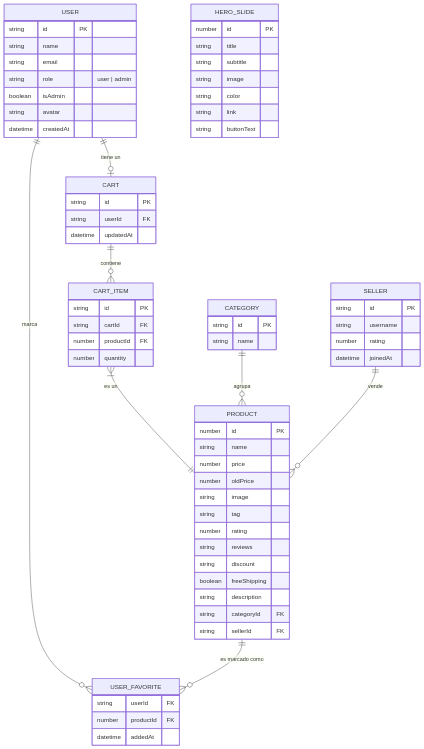
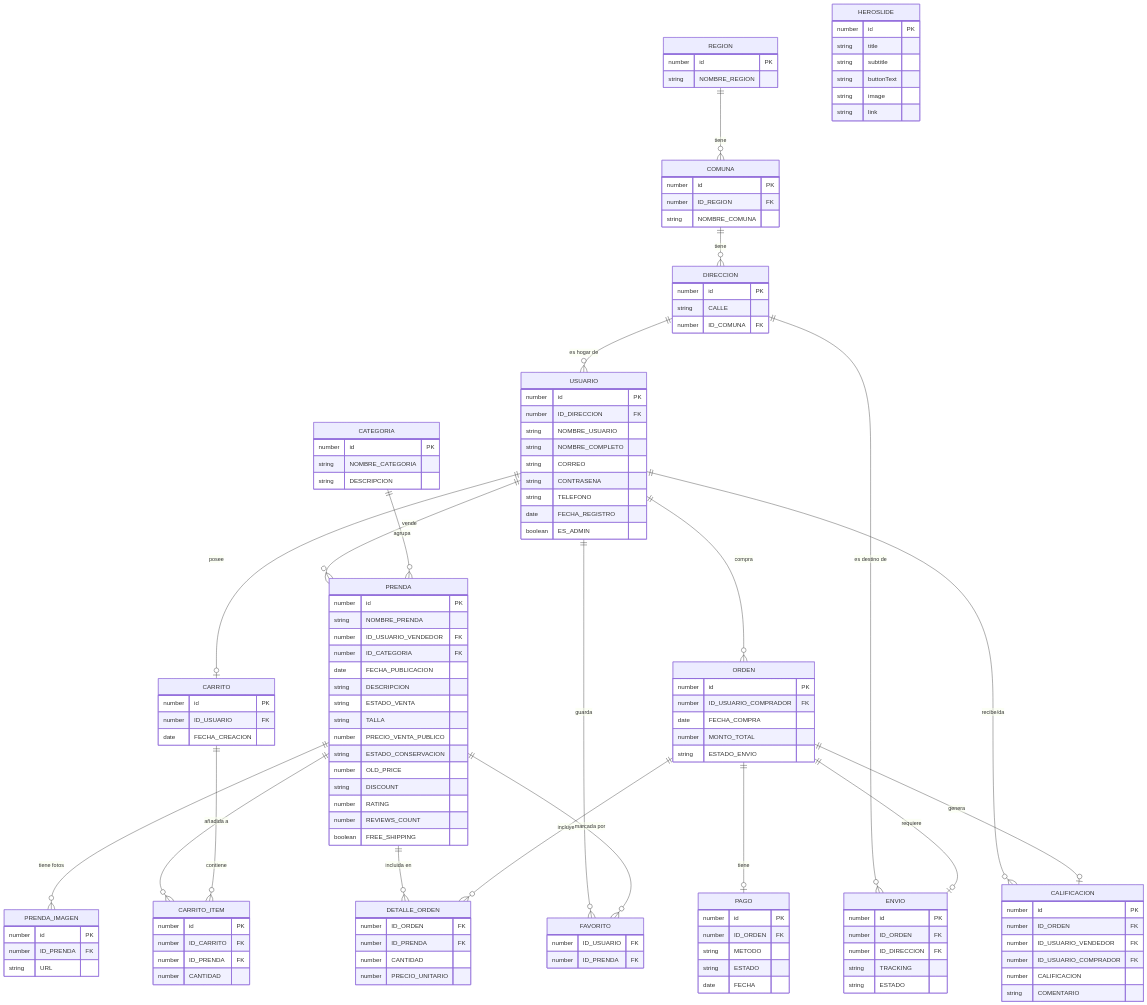
The third of 3 diagrams in README.md (Rouchant/Reviste), drawn with Mermaid before and after one commit. The commit also changed other lines of this file and 5 other files, not shown here.

````diff
--- a/README.md
+++ b/README.md
@@ -95,84 +95,137 @@
 ```mermaid
 erDiagram
-    %% Entidades Principales
-    USER {
-        string id PK
-        string name
-        string email
-        string role "user | admin"
-        boolean isAdmin
-        string avatar
-        datetime createdAt
+    REGION {
+        number id PK
+        string NOMBRE_REGION
     }
-
-    PRODUCT {
+    COMUNA {
         number id PK
-        string name
-        number price
-        number oldPrice
-        string image
-        string tag
-        number rating
-        string reviews
-        string discount
-        boolean freeShipping
-        string description
-        string categoryId FK
-        string sellerId FK
+        number ID_REGION FK
+        string NOMBRE_COMUNA
     }
-
-    CATEGORY {
-        string id PK
-        string name
+    DIRECCION {
+        number id PK
+        string CALLE
+        number ID_COMUNA FK
     }
-
-    SELLER {
-        string id PK
-        string username
-        number rating
-        datetime joinedAt
+    USUARIO {
+        number id PK
+        number ID_DIRECCION FK
+        string NOMBRE_USUARIO
+        string NOMBRE_COMPLETO
+        string CORREO
+        string CONTRASENA
+        string TELEFONO
+        date FECHA_REGISTRO
+        boolean ES_ADMIN
     }
-
-    %% Carrito de Compras
-    CART {
-        string id PK
-        string userId FK
-        datetime updatedAt
+    CATEGORIA {
+        number id PK
+        string NOMBRE_CATEGORIA
+        string DESCRIPCION
     }
-
-    CART_ITEM {
-        string id PK
-        string cartId FK
-        number productId FK
-        number quantity
+    PRENDA {
+        number id PK
+        string NOMBRE_PRENDA
+        number ID_USUARIO_VENDEDOR FK
+        number ID_CATEGORIA FK
+        date FECHA_PUBLICACION
+        string DESCRIPCION
+        string ESTADO_VENTA
+        string TALLA
+        number PRECIO_VENTA_PUBLICO
+        string ESTADO_CONSERVACION
+        number OLD_PRICE
+        string DISCOUNT
+        number RATING
+        number REVIEWS_COUNT
+        boolean FREE_SHIPPING
     }
-
-    %% Relación Muchos-a-Muchos para Favoritos
-    USER_FAVORITE {
-        string userId FK
-        number productId FK
-        datetime addedAt
+    PRENDA_IMAGEN {
+        number id PK
+        number ID_PRENDA FK
+        string URL
     }
-
-    %% Componentes UI Dinámicos
-    HERO_SLIDE {
+    CARRITO {
+        number id PK
+        number ID_USUARIO FK
+        date FECHA_CREACION
+    }
+    CARRITO_ITEM {
+        number id PK
+        number ID_CARRITO FK
+        number ID_PRENDA FK
+        number CANTIDAD
+    }
+    ORDEN {
+        number id PK
+        number ID_USUARIO_COMPRADOR FK
+        date FECHA_COMPRA
+        number MONTO_TOTAL
+        string ESTADO_ENVIO
+    }
+    DETALLE_ORDEN {
+        number ID_ORDEN FK
+        number ID_PRENDA FK
+        number CANTIDAD
+        number PRECIO_UNITARIO
+    }
+    PAGO {
+        number id PK
+        number ID_ORDEN FK
+        string METODO
+        string ESTADO
+        date FECHA
+    }
+    ENVIO {
+        number id PK
+        number ID_ORDEN FK
+        number ID_DIRECCION FK
+        string TRACKING
+        string ESTADO
+    }
+    CALIFICACION {
+        number id PK
+        number ID_ORDEN FK
+        number ID_USUARIO_VENDEDOR FK
+        number ID_USUARIO_COMPRADOR FK
+        number CALIFICACION
+        string COMENTARIO
+    }
+    FAVORITO {
+        number ID_USUARIO FK
+        number ID_PRENDA FK
+    }
+    HEROSLIDE {
         number id PK
         string title
         string subtitle
+        string buttonText
         string image
-        string color
         string link
-        string buttonText
     }
 
-    %% Relaciones
-    USER ||--o| CART : "tiene un"
-    CART ||--o{ CART_ITEM : "contiene"
-    CART_ITEM }|--|| PRODUCT : "es un"
+    REGION ||--o{ COMUNA : "tiene"
+    COMUNA ||--o{ DIRECCION : "tiene"
+    DIRECCION ||--o{ USUARIO : "es hogar de"
+    DIRECCION ||--o{ ENVIO : "es destino de"
     
-    USER ||--o{ USER_FAVORITE : "marca"
-    PRODUCT ||--o{ USER_FAVORITE : "es marcado como"
+    USUARIO ||--o{ PRENDA : "vende"
+    USUARIO ||--o| CARRITO : "posee"
+    USUARIO ||--o{ ORDEN : "compra"
+    USUARIO ||--o{ CALIFICACION : "recibe/da"
+    USUARIO ||--o{ FAVORITO : "guarda"
     
-    CATEGORY ||--o{ PRODUCT : "agrupa"
-    SELLER ||--o{ PRODUCT : "vende"
+    CATEGORIA ||--o{ PRENDA : "agrupa"
+    PRENDA ||--o{ PRENDA_IMAGEN : "tiene fotos"
+    PRENDA ||--o{ CARRITO_ITEM : "añadida a"
+    PRENDA ||--o{ DETALLE_ORDEN : "incluida en"
+    PRENDA ||--o{ FAVORITO : "marcada por"
+    
+    CARRITO ||--o{ CARRITO_ITEM : "contiene"
+    
+    ORDEN ||--o{ DETALLE_ORDEN : "incluye"
+    ORDEN ||--o| PAGO : "tiene"
+    ORDEN ||--o| ENVIO : "requiere"
+    ORDEN ||--o| CALIFICACION : "genera"
 ```
````
